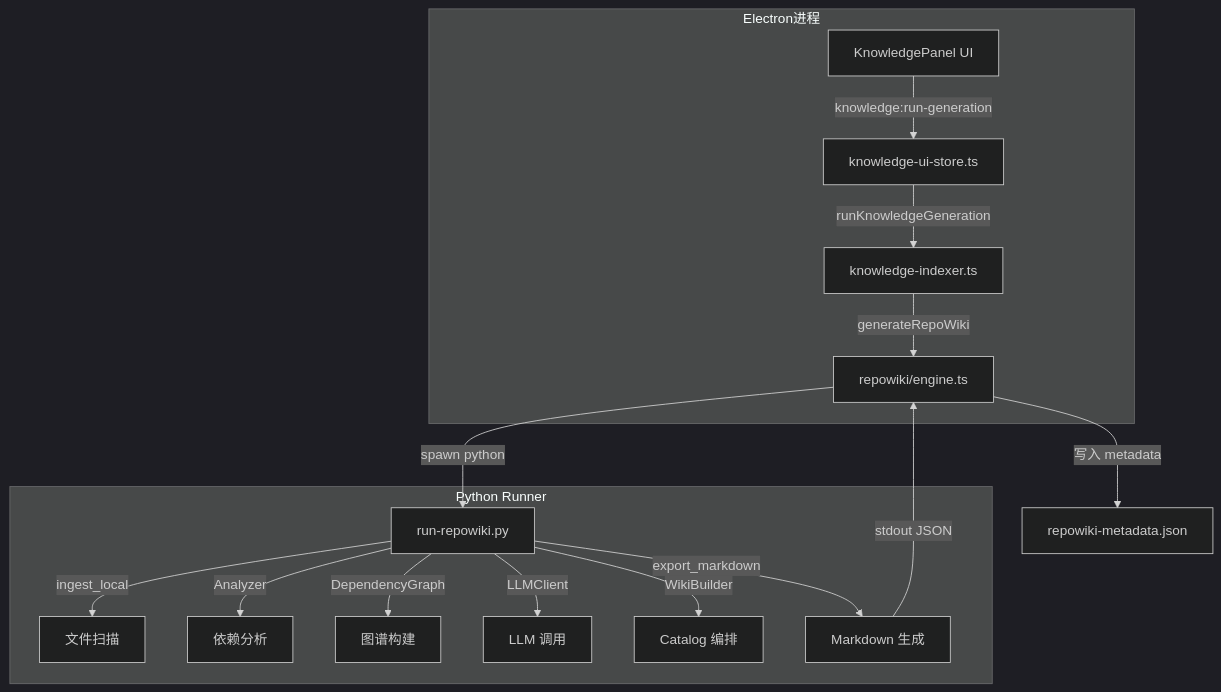
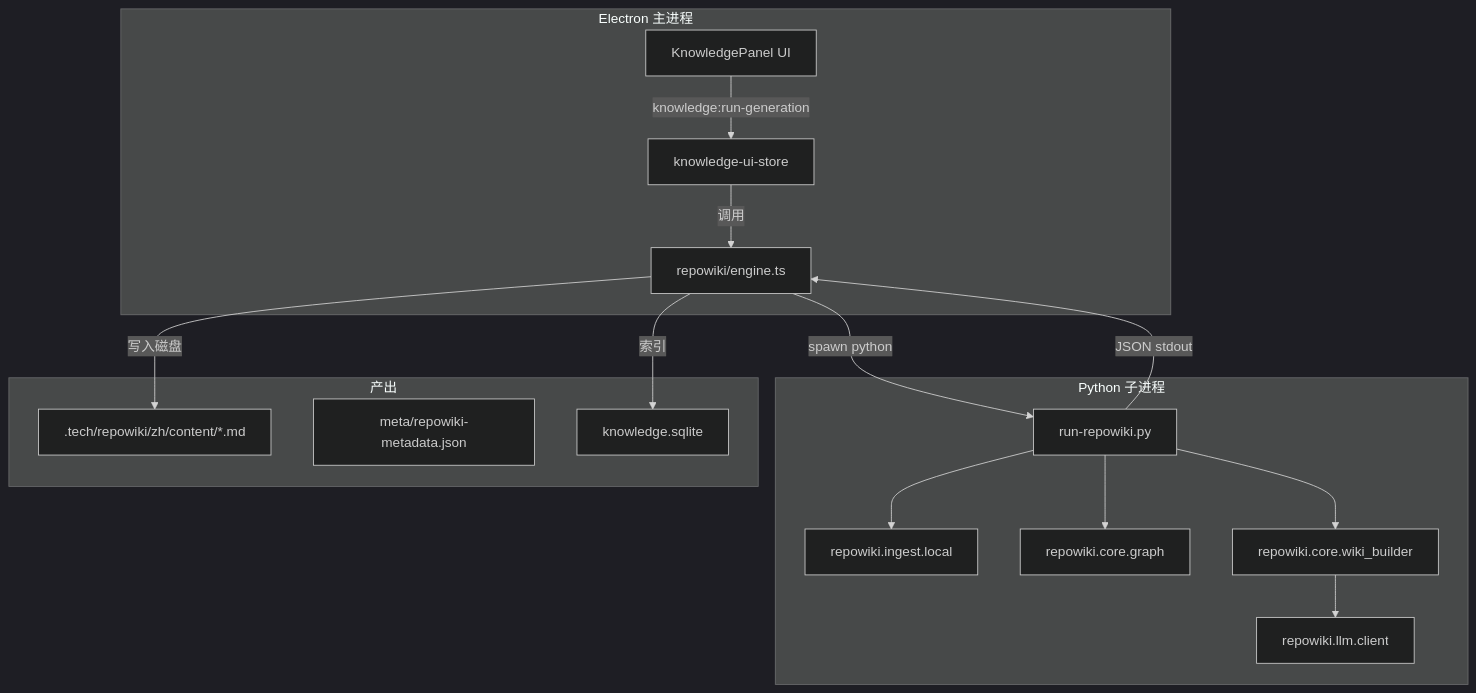
One commit to lst016/tech-cc-hub changed the first of 2 diagrams in .tech/repowiki/zh/content/核心模块规格/知识库后端引擎总览/Repo Wiki Python Runner.md. Above: the diagram before and after it, drawn with Mermaid (dark theme). The commit also changed other lines of this file and 176 other files, not shown here.

Commit message:
fix: stabilize repo wiki generation progress

````diff
--- a/.tech/repowiki/zh/content/核心模块规格/知识库后端引擎总览/Repo Wiki Python Runner.md
+++ b/.tech/repowiki/zh/content/核心模块规格/知识库后端引擎总览/Repo Wiki Python Runner.md
@@ -53,22 +35,33 @@
 ```mermaid
 flowchart TD
-    subgraph Electron进程
-        A[KnowledgePanel UI] -->|knowledge:run-generation| B[knowledge-ui-store.ts]
-        B -->|runKnowledgeGeneration| C[knowledge-indexer.ts]
-        C -->|generateRepoWiki| D[repowiki/engine.ts]
+    subgraph Electron["Electron 主进程"]
+        UI[KnowledgePanel UI]
+        Store[knowledge-ui-store]
+        Engine[repowiki/engine.ts]
     end
-    
-    D -->|spawn python| E[run-repowiki.py]
-    
-    subgraph Python Runner
-        E -->|ingest_local| F[文件扫描]
-        E -->|Analyzer| G[依赖分析]
-        E -->|DependencyGraph| H[图谱构建]
-        E -->|LLMClient| I[LLM 调用]
-        E -->|WikiBuilder| J[Catalog 编排]
-        E -->|export_markdown| K[Markdown 生成]
+
+    subgraph Python["Python 子进程"]
+        RPW[run-repowiki.py]
+        Ingest[repowiki.ingest.local]
+        Graph[repowiki.core.graph]
+        Builder[repowiki.core.wiki_builder]
+        LLM[repowiki.llm.client]
     end
-    
-    K -->|stdout JSON| D
-    D -->|写入 metadata| L[repowiki-metadata.json]
+
+    subgraph Output["产出"]
+        Markdown[.tech/repowiki/zh/content/*.md]
+        Meta[meta/repowiki-metadata.json]
+        Index[knowledge.sqlite]
+    end
+
+    UI -->|knowledge:run-generation| Store
+    Store -->|调用| Engine
+    Engine -->|spawn python| RPW
+    RPW --> Ingest
+    RPW --> Graph
+    RPW --> Builder
+    Builder --> LLM
+    RPW -->|JSON stdout| Engine
+    Engine -->|写入磁盘| Markdown
+    Engine -->|索引| Index
 ```
````
